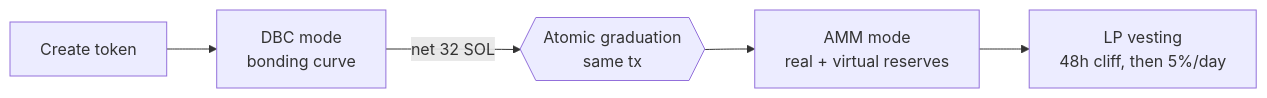
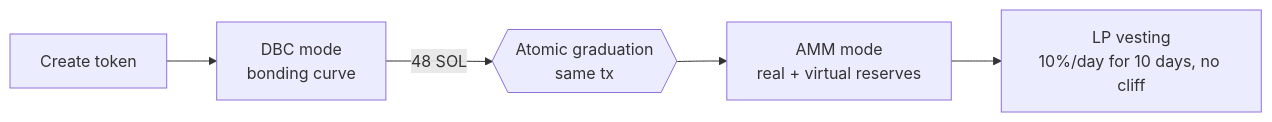
One commit to YeetLaunch/docs changed the diagram in README.md. Above: the diagram before and after it, drawn with Mermaid. The commit also changed other lines of this file and 1 other file, not shown here.

Commit message:
Add launch-from-your-site guide, create-token link; update README to current protocol (48 SOL, 10-day vesting, no decay, audit status)

````diff
--- a/README.md
+++ b/README.md
@@ -31,7 +32,7 @@
 ```mermaid
 flowchart LR
     A[Create token] --> B[DBC mode<br/>bonding curve]
-    B -->|net 32 SOL| C{{Atomic graduation<br/>same tx}}
+    B -->|48 SOL| C{{Atomic graduation<br/>same tx}}
     C --> D[AMM mode<br/>real + virtual reserves]
-    D --> E[LP vesting<br/>48h cliff, then 5%/day]
+    D --> E[LP vesting<br/>10%/day for 10 days, no cliff]
 ```
````
